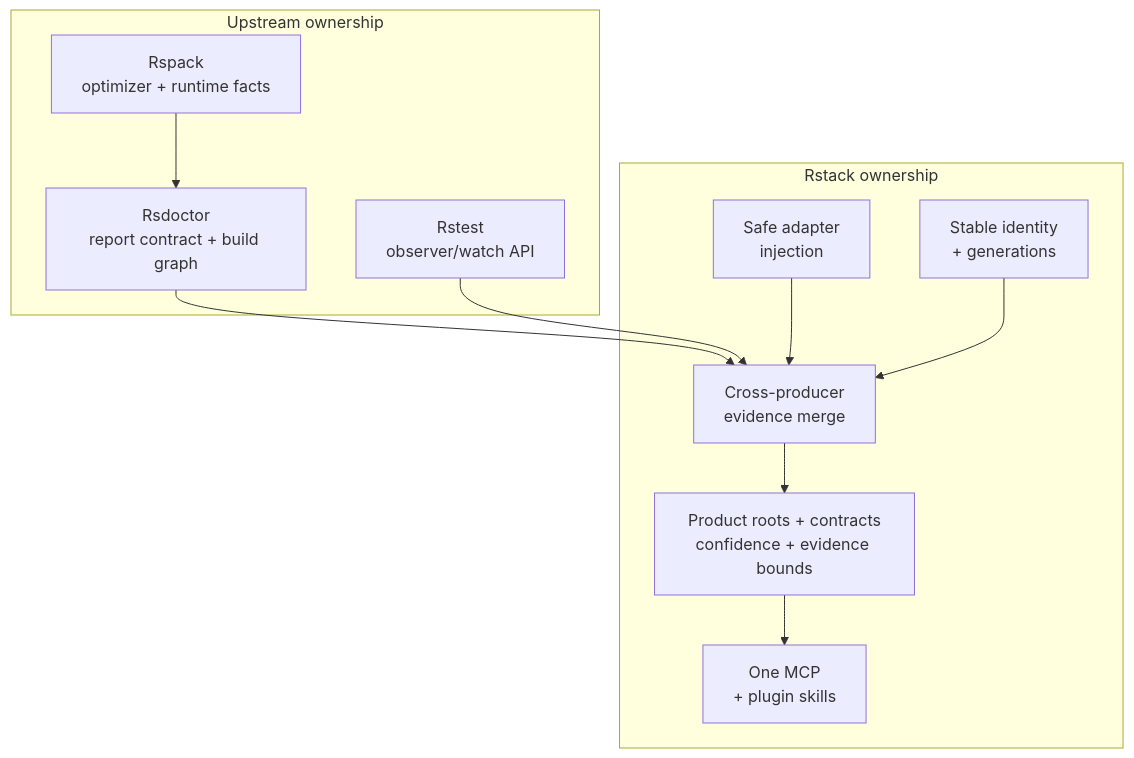
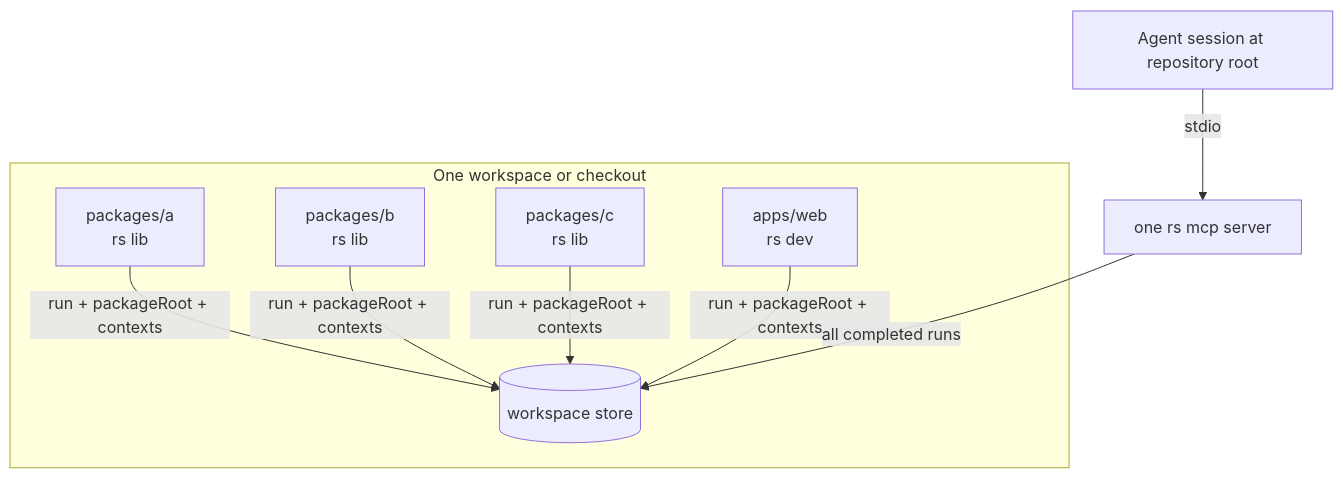
The second of 7 diagrams in docs/rfcs/0001-rstack-context-engine.md (rstackjs/rstack-cli), drawn with Mermaid before and after one commit. The commit also changed other lines of this file, not shown here.

````diff
--- a/docs/rfcs/0001-rstack-context-engine.md
+++ b/docs/rfcs/0001-rstack-context-engine.md
@@ -183,23 +139,18 @@
 ```mermaid
 flowchart TB
-  subgraph Upstream["Upstream ownership"]
-    RP["Rspack<br/>optimizer + runtime facts"]
-    RD["Rsdoctor<br/>report contract + build graph"]
-    RT["Rstest<br/>observer/watch API"]
+  subgraph Workspace["One workspace or checkout"]
+    LibA["packages/a<br/>rs lib"]
+    LibB["packages/b<br/>rs lib"]
+    LibC["packages/c<br/>rs lib"]
+    App["apps/web<br/>rs dev"]
+    Store[("workspace store")]
+
+    LibA -->|"run + packageRoot + contexts"| Store
+    LibB -->|"run + packageRoot + contexts"| Store
+    LibC -->|"run + packageRoot + contexts"| Store
+    App -->|"run + packageRoot + contexts"| Store
   end
 
-  subgraph Rstack["Rstack ownership"]
-    Inject["Safe adapter<br/>injection"]
-    Identity["Stable identity<br/>+ generations"]
-    Merge["Cross-producer<br/>evidence merge"]
-    Policy["Product roots + contracts<br/>confidence + evidence bounds"]
-    MCP["One MCP<br/>+ plugin skills"]
-  end
-
-  RP --> RD
-  RD --> Merge
-  RT --> Merge
-  Inject --> Merge
-  Identity --> Merge
-  Merge --> Policy --> MCP
+  Agent["Agent session at repository root"] -->|stdio| MCP["one rs mcp server"]
+  MCP -->|"all completed runs"| Store
 ```
````
